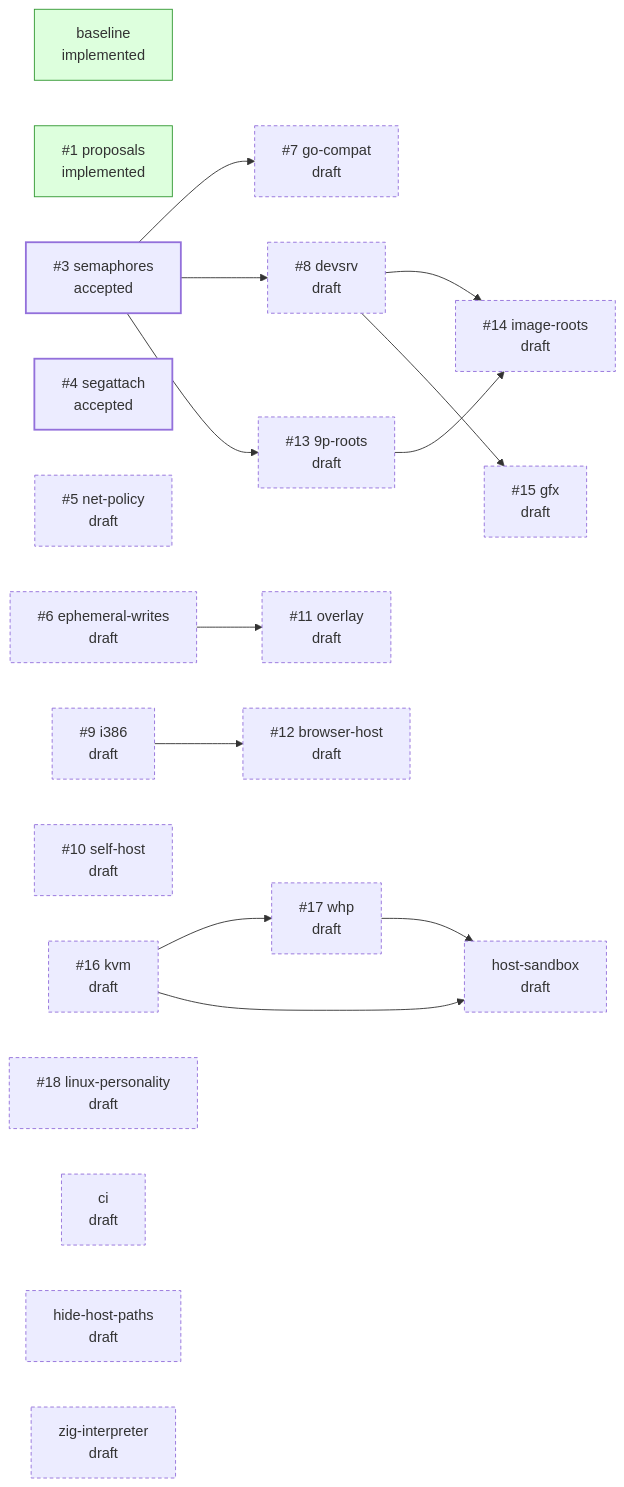
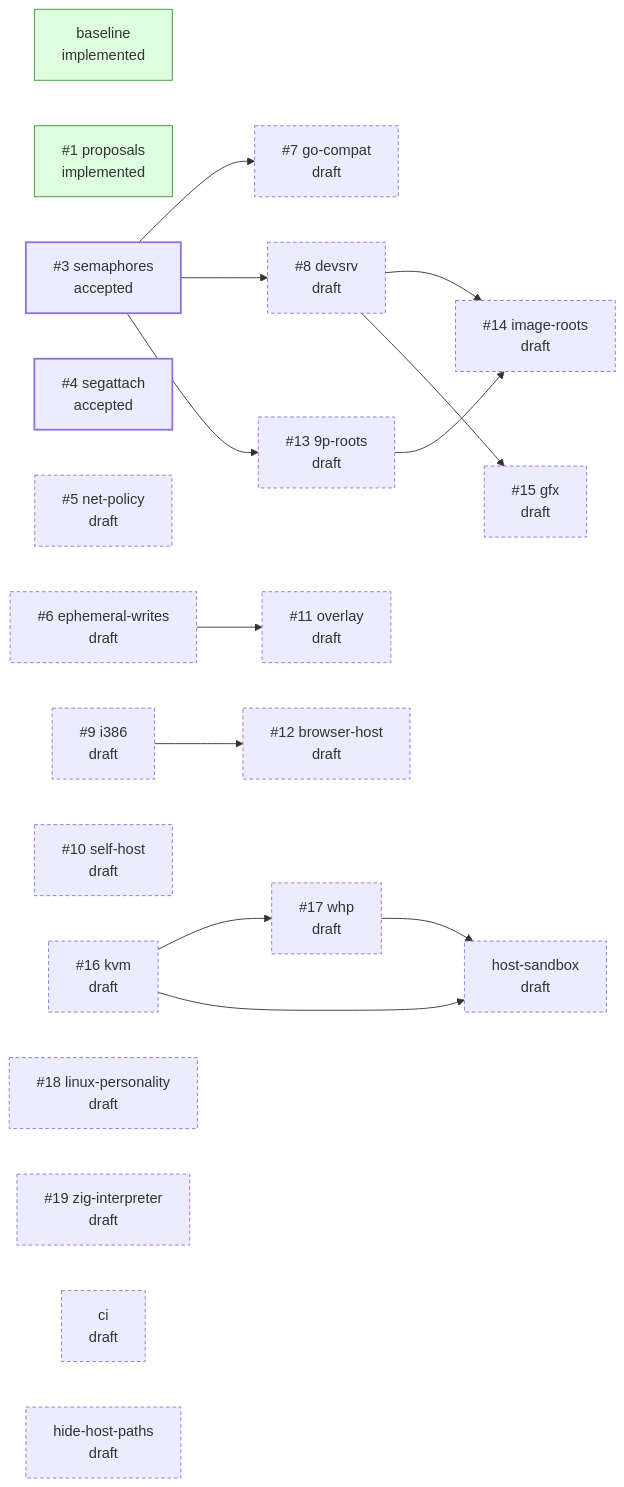
One commit to jpf/hyper9 changed the diagram in README.md. Above: the diagram before and after it, drawn with Mermaid. The commit also changed other lines of this file and 4 other files, not shown here.

Commit message:
design: file zig-interpreter as #19

````diff
--- a/README.md
+++ b/README.md
@@ -39,40 +39,40 @@
 ```mermaid
 flowchart LR
   classDef draft stroke-dasharray: 4 3
   classDef accepted stroke-width: 2px
   classDef implemented fill:#dfd,stroke:#393
   classDef closed fill:#eee,stroke:#999,color:#777
   p_baseline["baseline<br/>implemented"]:::implemented
   p_proposals["#35;1 proposals<br/>implemented"]:::implemented
   p_semaphores["#35;3 semaphores<br/>accepted"]:::accepted
   p_segattach["#35;4 segattach<br/>accepted"]:::accepted
   p_net_policy["#35;5 net-policy<br/>draft"]:::draft
   p_ephemeral_writes["#35;6 ephemeral-writes<br/>draft"]:::draft
   p_go_compat["#35;7 go-compat<br/>draft"]:::draft
   p_devsrv["#35;8 devsrv<br/>draft"]:::draft
   p_i386["#35;9 i386<br/>draft"]:::draft
   p_self_host["#35;10 self-host<br/>draft"]:::draft
   p_overlay["#35;11 overlay<br/>draft"]:::draft
   p_browser_host["#35;12 browser-host<br/>draft"]:::draft
   p_9p_roots["#35;13 9p-roots<br/>draft"]:::draft
   p_image_roots["#35;14 image-roots<br/>draft"]:::draft
   p_gfx["#35;15 gfx<br/>draft"]:::draft
   p_kvm["#35;16 kvm<br/>draft"]:::draft
   p_whp["#35;17 whp<br/>draft"]:::draft
   p_linux_personality["#35;18 linux-personality<br/>draft"]:::draft
+  p_zig_interpreter["#35;19 zig-interpreter<br/>draft"]:::draft
   p_ci["ci<br/>draft"]:::draft
   p_hide_host_paths["hide-host-paths<br/>draft"]:::draft
   p_host_sandbox["host-sandbox<br/>draft"]:::draft
-  p_zig_interpreter["zig-interpreter<br/>draft"]:::draft
   p_semaphores --> p_go_compat
   p_semaphores --> p_devsrv
   p_ephemeral_writes --> p_overlay
   p_i386 --> p_browser_host
   p_semaphores --> p_9p_roots
   p_devsrv --> p_image_roots
   p_9p_roots --> p_image_roots
   p_devsrv --> p_gfx
   p_kvm --> p_whp
   p_kvm --> p_host_sandbox
   p_whp --> p_host_sandbox
 ```
````
